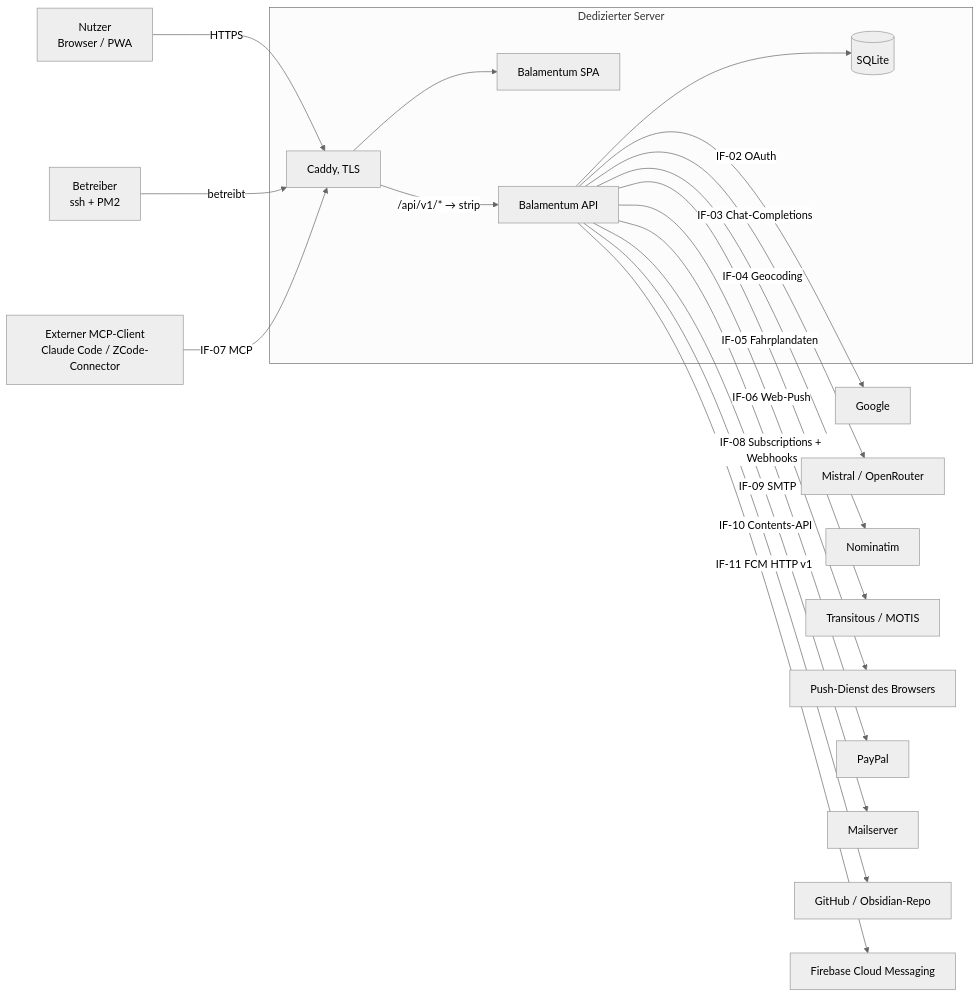
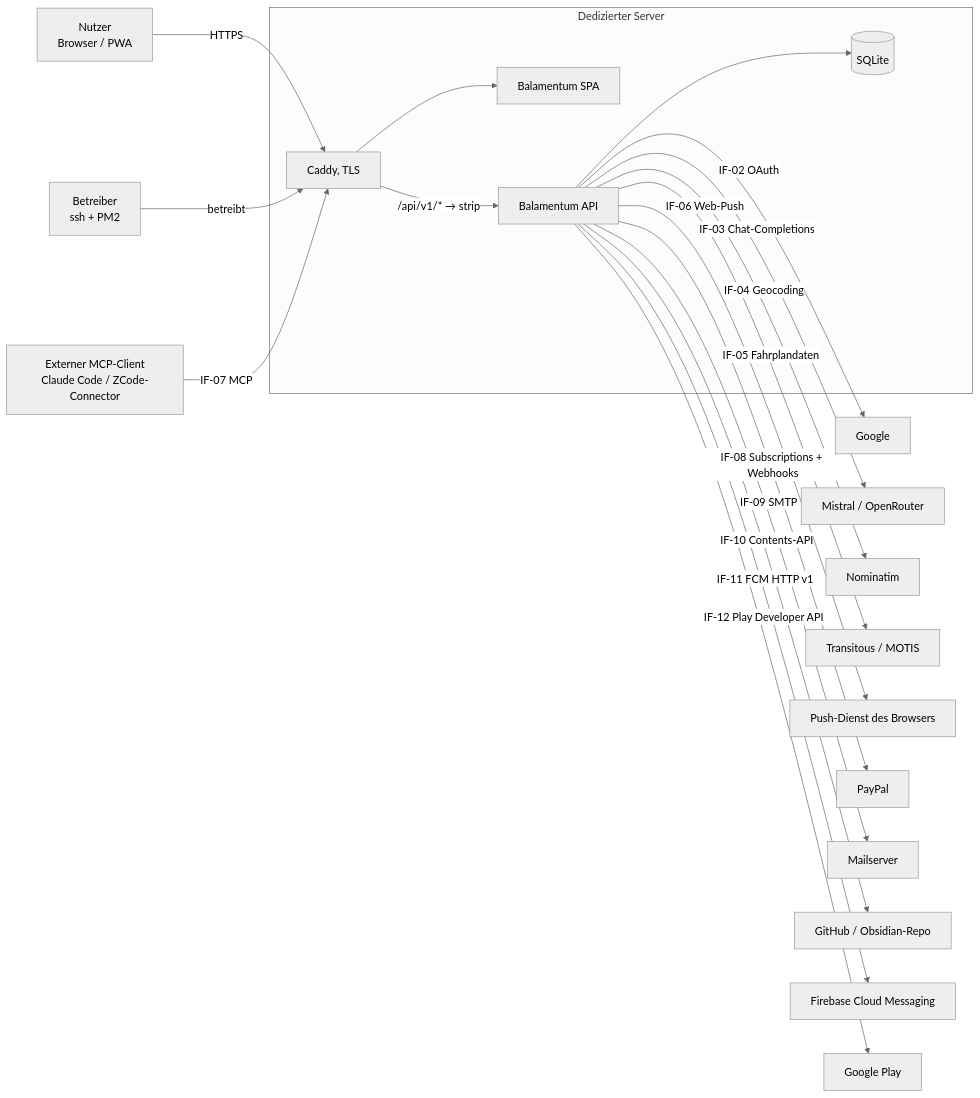
The first of 5 diagrams in docs/arc42.md (deleonio/priority-pilot), drawn with Mermaid (neutral theme) before and after one commit. The commit also changed other lines of this file and 9 other files, not shown here.

First line of the commit message:
feat(server): Play-Kaeufe bei Google pruefen und bestaetigen

````diff
--- a/docs/arc42.md
+++ b/docs/arc42.md
@@ -67,20 +67,21 @@
 ```mermaid
 graph LR
     Nutzer[Nutzer<br/>Browser / PWA] -->|HTTPS| Caddy
     Betreiber[Betreiber<br/>ssh + PM2] -->|betreibt| Caddy
     MCPClient[Externer MCP-Client<br/>Claude Code / ZCode-Connector] -->|IF-07 MCP| Caddy
     subgraph Host[Dedizierter Server]
         Caddy[Caddy, TLS] --> SPA[Balamentum SPA]
         Caddy -->|"/api/v1/* → strip"| API[Balamentum API]
         API --> DB[(SQLite)]
     end
     API -->|IF-02 OAuth| Google[Google]
     API -->|IF-03 Chat-Completions| LLM[Mistral / OpenRouter]
     API -->|IF-04 Geocoding| Nominatim[Nominatim]
     API -->|IF-05 Fahrplandaten| Transitous[Transitous / MOTIS]
     API -->|IF-06 Web-Push| Push[Push-Dienst des Browsers]
     API -->|IF-08 Subscriptions + Webhooks| PayPal[PayPal]
     API -->|IF-09 SMTP| Mail[Mailserver]
     API -->|IF-10 Contents-API| GitHub[GitHub / Obsidian-Repo]
     API -->|IF-11 FCM HTTP v1| FCM[Firebase Cloud Messaging]
+    API -->|IF-12 Play Developer API| Play[Google Play]
 ```
````
